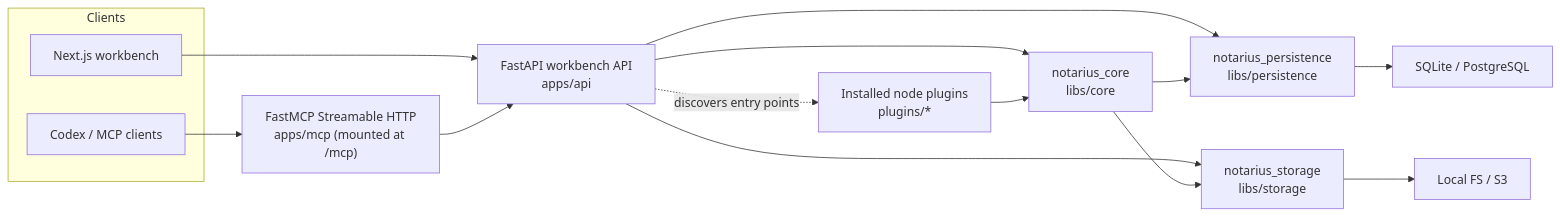
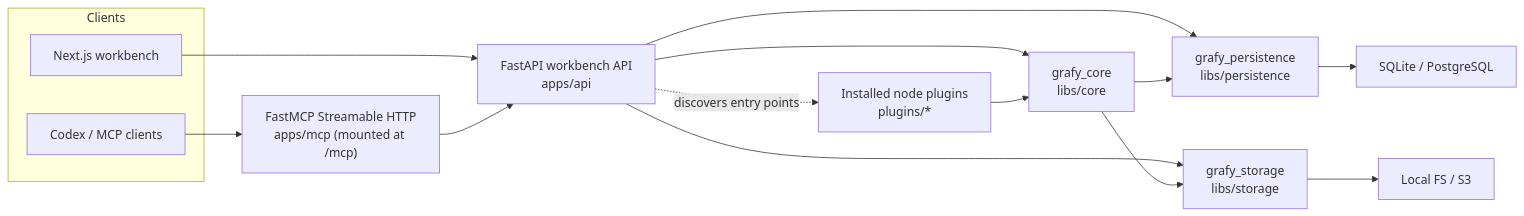
Before and after one commit to artpods56/KUL_IDUB_EcclesialSchematisms: the first of 13 diagrams in docs/design/backend-architecture.md, drawn with Mermaid. The commit also changed other lines of this file and 575 other files, not shown here.

Commit message:
refactor: rename Notarius to Grafy

````diff
--- a/docs/design/backend-architecture.md
+++ b/docs/design/backend-architecture.md
@@ -33,19 +33,19 @@
 ```mermaid
 flowchart LR
     subgraph Clients["Clients"]
         Web["Next.js workbench"]
         Agent["Codex / MCP clients"]
     end
     Web --> API["FastAPI workbench API\napps/api"]
     Agent --> MCP["FastMCP Streamable HTTP\napps/mcp (mounted at /mcp)"]
     MCP --> API
-    API --> Core["notarius_core\nlibs/core"]
-    API --> Persistence["notarius_persistence\nlibs/persistence"]
-    API --> Storage["notarius_storage\nlibs/storage"]
+    API --> Core["grafy_core\nlibs/core"]
+    API --> Persistence["grafy_persistence\nlibs/persistence"]
+    API --> Storage["grafy_storage\nlibs/storage"]
     API -. "discovers entry points" .-> Plugins["Installed node plugins\nplugins/*"]
     Plugins --> Core
     Core --> Persistence
     Core --> Storage
     Persistence --> SQL["SQLite / PostgreSQL"]
     Storage --> Objects["Local FS / S3"]
 ```
````
